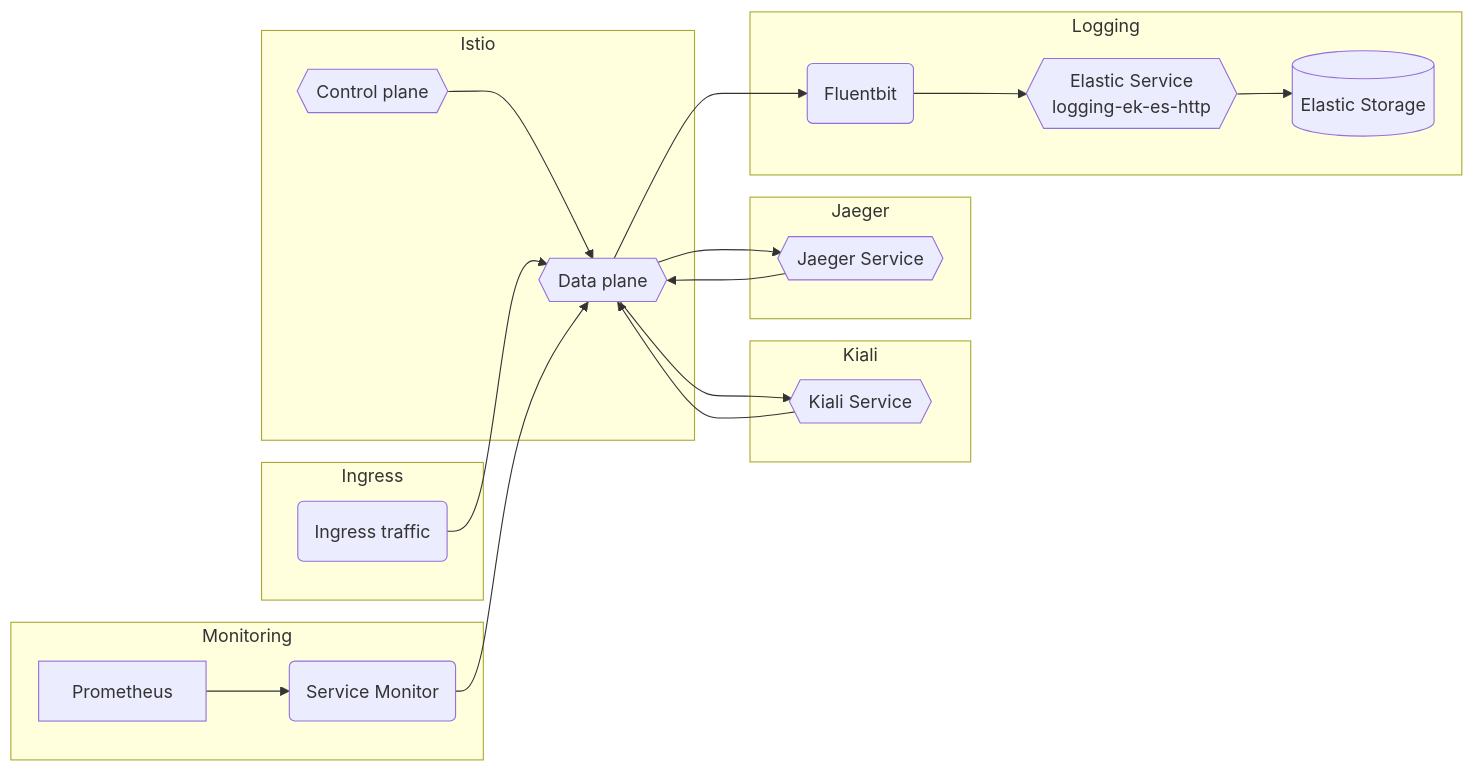
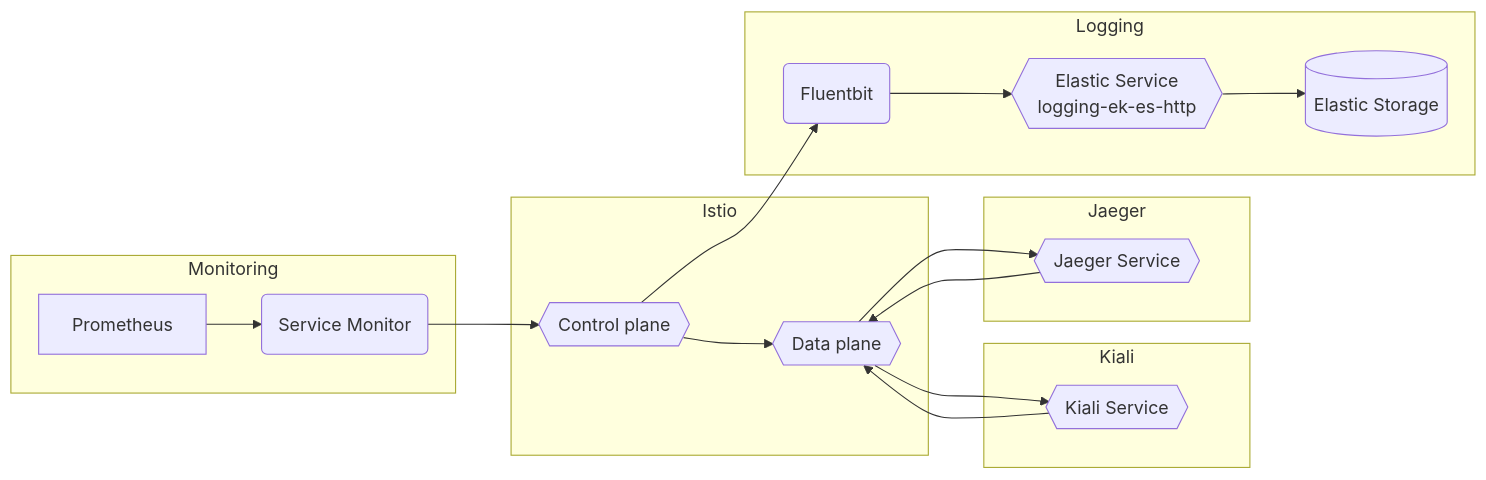
The diagram in charter/packages/istio/Architecture.md (rjferguson21/big-bang), drawn with Mermaid before and after one commit. The commit also changed other lines of this file, not shown here.

````diff
--- a/charter/packages/istio/Architecture.md
+++ b/charter/packages/istio/Architecture.md
@@ -8,31 +8,27 @@
 ```mermaid
 graph LR
   subgraph "Istio"
     istioservice1{{"Control plane"}} --> istioservice2
     istioservice2{{"Data plane"}} 
   end      
   
   subgraph "Kiali"
     kialiservice{{"Kiali Service"}} --> istioservice2
     istioservice2 --> kialiservice
   end
 
   subgraph "Jaeger"
     jaegerservice{{"Jaeger Service"}} --> istioservice2
     istioservice2 --> jaegerservice
   end
 
-  subgraph "Ingress"
-    ig(Ingress traffic) --> istioservice2
-  end
-
   subgraph "Logging"
-    istioservice2 --> fluent(Fluentbit) --> logging-ek-es-http
+    istioservice1 --> fluent(Fluentbit) --> logging-ek-es-http
     logging-ek-es-http{{Elastic Service<br />logging-ek-es-http}} --> elastic[(Elastic Storage)]
   end
 
   subgraph "Monitoring"
-    svcmonitor("Service Monitor") --> istioservice2
+    svcmonitor("Service Monitor") --> istioservice1
     Prometheus --> svcmonitor("Service Monitor")
   end
 ```
````
